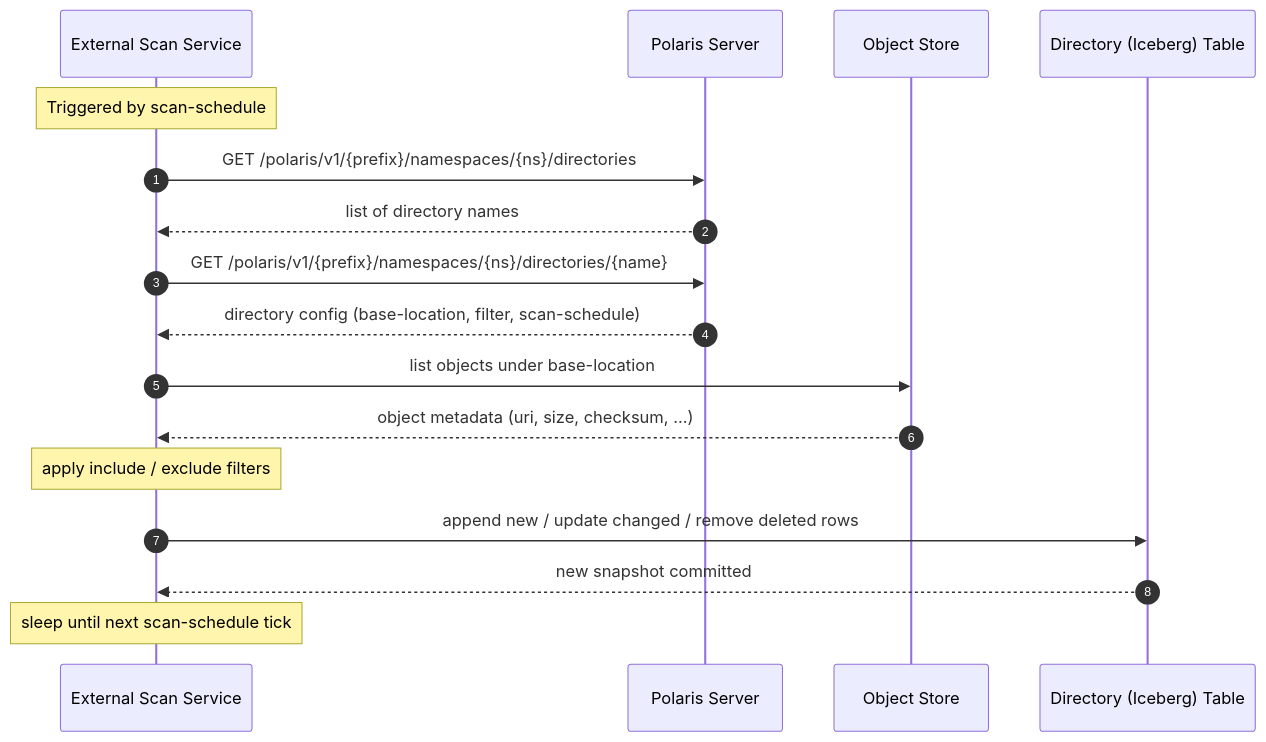
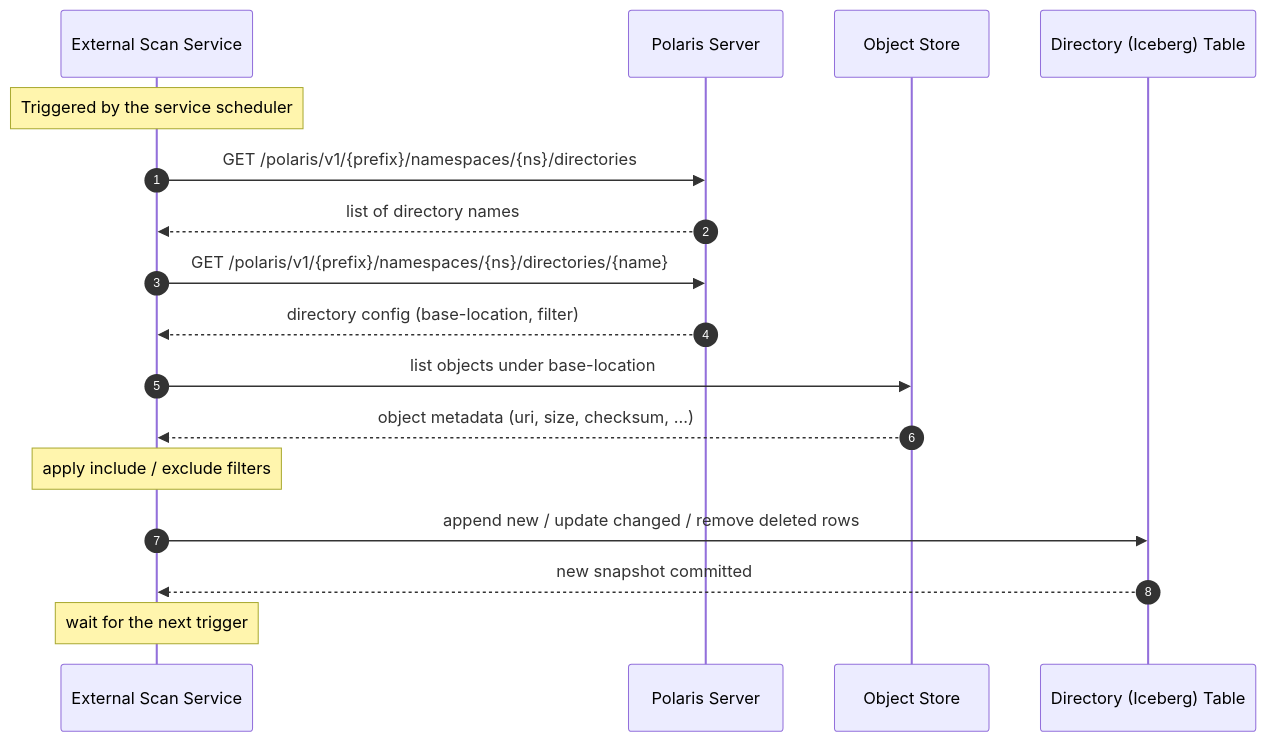
The diagram in site/content/in-dev/unreleased/directories.md (apache/polaris), drawn with Mermaid before and after one commit. The commit also changed other lines of this file and 4 other files, not shown here.

First line of the commit message:
Address review comments on Directories pagination, scan schedule and feature flag

````diff
--- a/site/content/in-dev/unreleased/directories.md
+++ b/site/content/in-dev/unreleased/directories.md
@@ -239,23 +230,23 @@
 ```mermaid
 sequenceDiagram
     autonumber
     participant Scanner as External Scan Service
     participant Polaris as Polaris Server
     participant Store as Object Store
     participant Table as Directory (Iceberg) Table
 
-    Note over Scanner: Triggered by scan-schedule
+    Note over Scanner: Triggered by the service scheduler
     Scanner->>Polaris: GET /polaris/v1/{prefix}/namespaces/{ns}/directories
     Polaris-->>Scanner: list of directory names
     Scanner->>Polaris: GET /polaris/v1/{prefix}/namespaces/{ns}/directories/{name}
-    Polaris-->>Scanner: directory config (base-location, filter, scan-schedule)
+    Polaris-->>Scanner: directory config (base-location, filter)
 
     Scanner->>Store: list objects under base-location
     Store-->>Scanner: object metadata (uri, size, checksum, ...)
     Note over Scanner: apply include / exclude filters
 
     Scanner->>Table: append new / update changed / remove deleted rows
     Table-->>Scanner: new snapshot committed
 
-    Note over Scanner: sleep until next scan-schedule tick
+    Note over Scanner: wait for the next trigger
 ```
````
